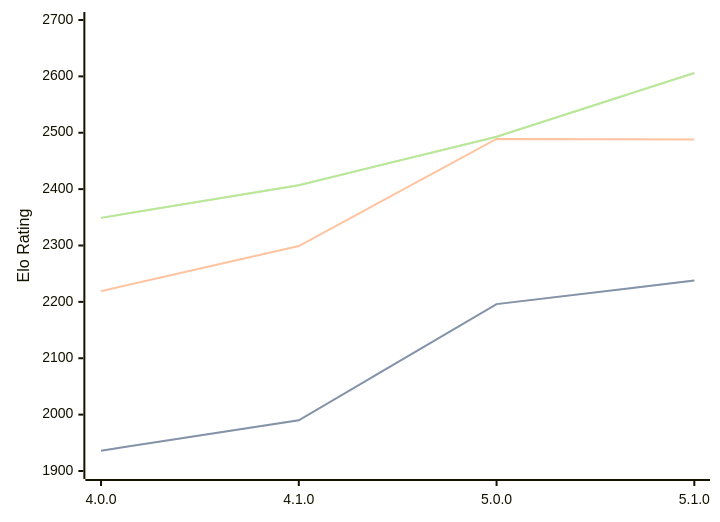
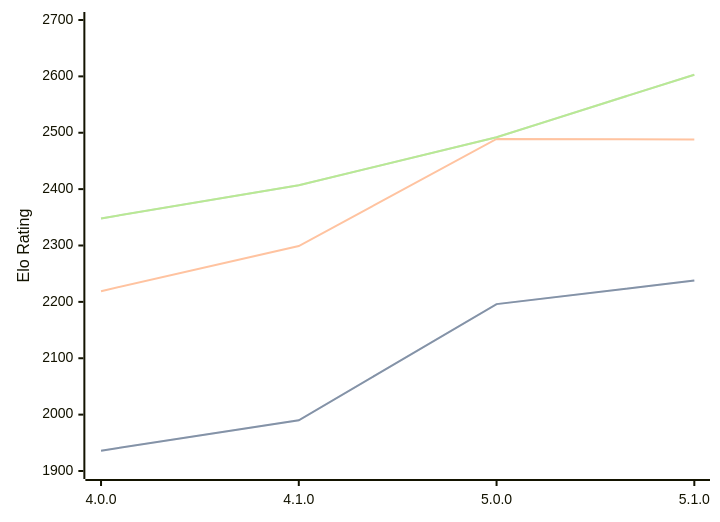
One commit to computer-chess-index/cci changed the diagram in engines/Aconcagua.md. Above: the diagram before and after it, drawn with Mermaid. The commit also changed other lines of this file, not shown here.

Commit message:
Update CCI Ratings (ELO VLTC) - 2026-04-29

````diff
--- a/engines/Aconcagua.md
+++ b/engines/Aconcagua.md
@@ -43,11 +43,11 @@
 ```mermaid
 %%{init: {"theme":"base","themeVariables":{"seriesColors:['#a3a3a3','#222221','#faa371']}}}%%
 xychart-beta
   x-axis ["4.0.0", "4.1.0", "5.0.0", "5.1.0"]
   y-axis "Elo Rating" 1900 --> 2700
   line "STC (8.0+0.08s)" [1936, 1990, 2196, 2238]
   line "STC (8.0+0.08s)" [1936, 1990, 2196, 2238]
   line "LTC (60.0+0.60s)" [2219, 2299, 2489, 2488]
-  line "VLTC (2m24s+1.12s)" [2349, 2407, 2493, 2606]
-  line "VLTC (2m24s+1.12s)" [2349, 2407, 2493, 2606]
+  line "VLTC (2m24s+1.12s)" [2348, 2407, 2492, 2603]
+  line "VLTC (2m24s+1.12s)" [2348, 2407, 2492, 2603]
 ```
````
